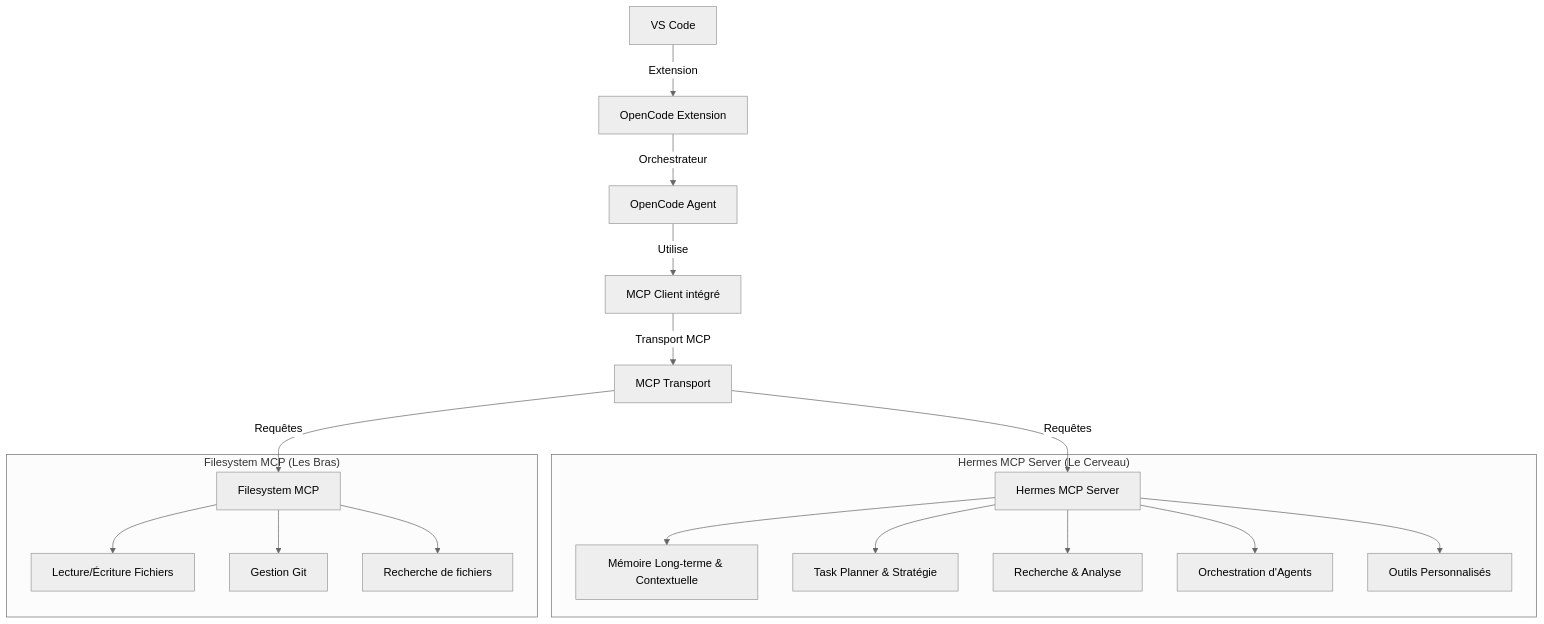
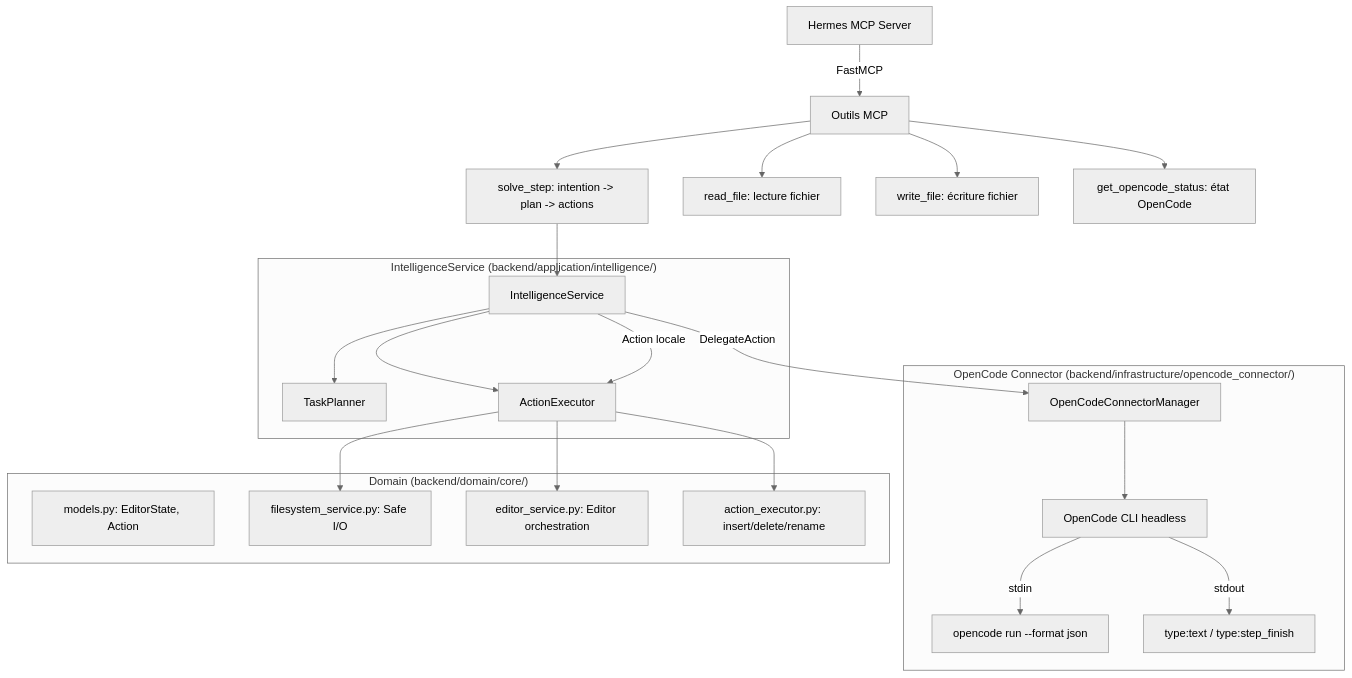
Before and after one commit to jeanmarcrenaud-prog/UI-Pro: the diagram in docs/architecture_mcp.md, drawn with Mermaid (neutral theme). The commit also changed other lines of this file and 25 other files, not shown here.

````diff
--- a/docs/architecture_mcp.md
+++ b/docs/architecture_mcp.md
@@ -7,25 +7,34 @@
 ```mermaid
 graph TD
-    VSCode[VS Code] -->|Extension| OpenCode[OpenCode Extension]
-    OpenCode -->|Orchestrateur| OpenCodeAgent[OpenCode Agent]
-    OpenCodeAgent -->|Utilise| MCPClient[MCP Client intégré]
+    HermesServer[Hermes MCP Server] -->|FastMCP| Tools[Outils MCP]
+    Tools --> solve_step[solve_step: intention -> plan -> actions]
+    Tools --> read_file[read_file: lecture fichier]
+    Tools --> write_file[write_file: écriture fichier]
+    Tools --> get_status[get_opencode_status: état OpenCode]
     
-    MCPClient -->|Transport MCP| MCPTransport[MCP Transport]
+    subgraph "IntelligenceService (backend/application/intelligence/)"
+        Intelligence[IntelligenceService] --> Planner[TaskPlanner]
+        Intelligence --> Executor[ActionExecutor]
+    end
     
-    MCPTransport -->|Requêtes| HermesServer[Hermes MCP Server]
-    MCPTransport -->|Requêtes| FS_MCP[Filesystem MCP]
-
-    subgraph "Hermes MCP Server (Le Cerveau)"
-        HermesServer --> Memory[Mémoire Long-terme & Contextuelle]
-        HermesServer --> Planning[Task Planner & Stratégie]
-        HermesServer --> Research[Recherche & Analyse]
-        HermesServer --> Agents[Orchestration d'Agents]
-        HermesServer --> Tools[Outils Personnalisés]
+    subgraph "OpenCode Connector (backend/infrastructure/opencode_connector/)"
+        Connector[OpenCodeConnectorManager]
+        Connector --> Subprocess[OpenCode CLI headless]
+        Subprocess -->|stdin| JSON_Input[opencode run --format json]
+        Subprocess -->|stdout| JSON_Output[type:text / type:step_finish]
     end
-
-    subgraph "Filesystem MCP (Les Bras)"
-        FS_MCP --> ReadWrite[Lecture/Écriture Fichiers]
-        FS_MCP --> Git[Gestion Git]
-        FS_MCP --> Search[Recherche de fichiers]
+    
+    subgraph "Domain (backend/domain/core/)"
+        Models[models.py: EditorState, Action]
+        FsService[filesystem_service.py: Safe I/O]
+        EdService[editor_service.py: Editor orchestration]
+        ActExec[action_executor.py: insert/delete/rename]
     end
+    
+    Intelligence -->|DelegateAction| Connector
+    Intelligence -->|Action locale| Executor
+    Executor --> FsService
+    Executor --> EdService
+    Executor --> ActExec
+    solve_step --> Intelligence
 ```
````
